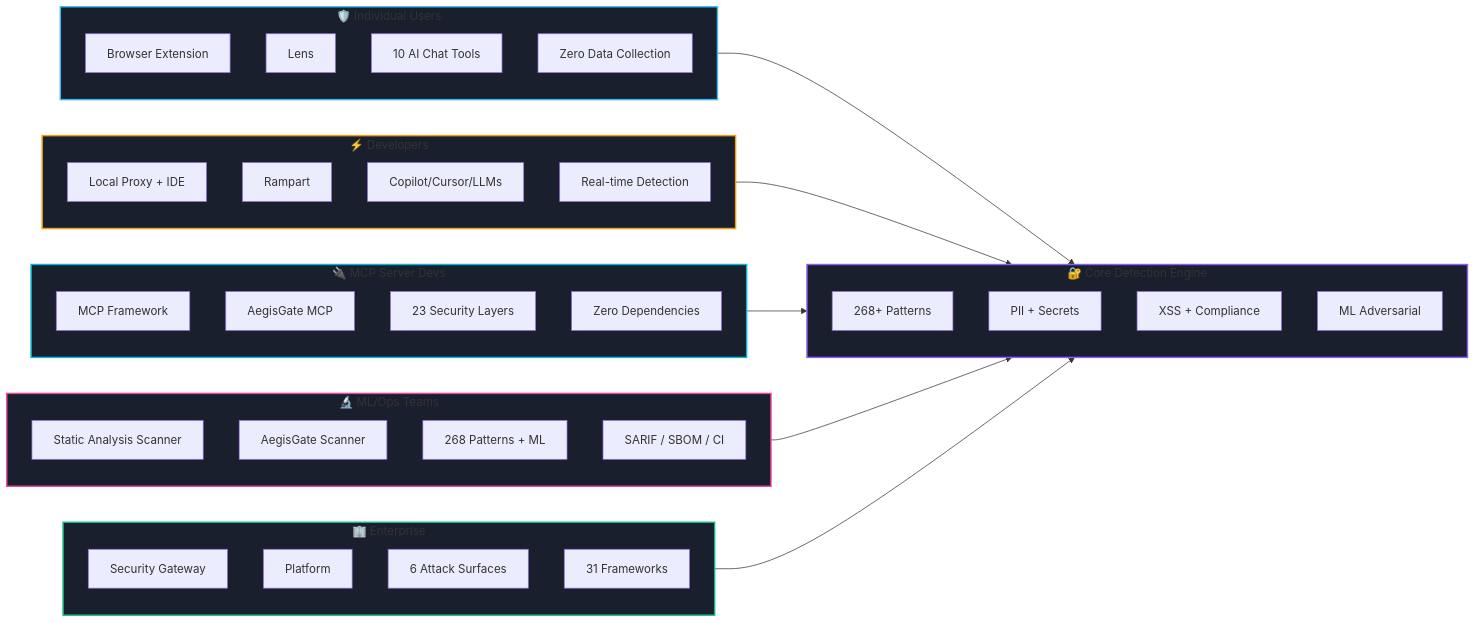
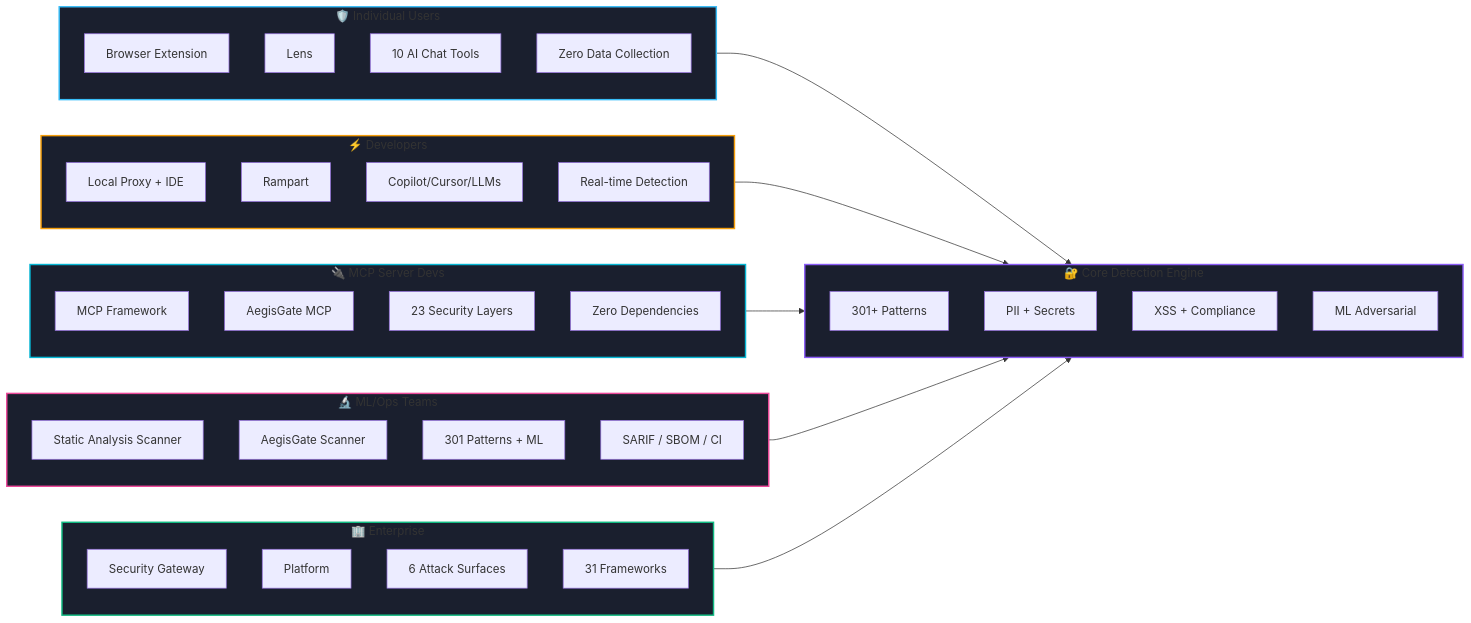
Before and after one commit to aegisgatesecurity/aegisgate-site: the diagram in content/_index.md, drawn with Mermaid. The commit also changed other lines of this file and 16 other files, not shown here.

```diff
--- a/content/_index.md
+++ b/content/_index.md
@@ -43,57 +43,57 @@
 {{< mermaid >}}
 flowchart LR
     subgraph Individual["🛡️ Individual Users"]
         A[Browser Extension]
         A1[Lens]
         A2[10 AI Chat Tools]
         A3[Zero Data Collection]
     end
 
     subgraph Developer["⚡ Developers"]
         B[Local Proxy + IDE]
         B1[Rampart]
         B2[Copilot/Cursor/LLMs]
         B3[Real-time Detection]
     end
 
     subgraph MCPServer["🔌 MCP Server Devs"]
         E[MCP Framework]
         E1[AegisGate MCP]
         E2[23 Security Layers]
         E3[Zero Dependencies]
     end
 
     subgraph MLOps["🔬 ML/Ops Teams"]
         F[Static Analysis Scanner]
         F1[AegisGate Scanner]
-        F2[268 Patterns + ML]
+        F2[301 Patterns + ML]
         F3[SARIF / SBOM / CI]
     end
 
     subgraph Enterprise["🏢 Enterprise"]
         C[Security Gateway]
         C1[Platform]
         C2[6 Attack Surfaces]
         C3[31 Frameworks]
     end
 
     subgraph Core["🔐 Core Detection Engine"]
-        D[268+ Patterns]
+        D[301+ Patterns]
         D1[PII + Secrets]
         D2[XSS + Compliance]
         D3[ML Adversarial]
     end
 
     Individual --> Core
     Developer --> Core
     MCPServer --> Core
     MLOps --> Core
     Enterprise --> Core
 
     style Individual fill:#1a1f2e,stroke:#38bdf8,stroke-width:2px
     style Developer fill:#1a1f2e,stroke:#f59e0b,stroke-width:2px
     style MCPServer fill:#1a1f2e,stroke:#06b6d4,stroke-width:2px
     style MLOps fill:#1a1f2e,stroke:#ec4899,stroke-width:2px
     style Enterprise fill:#1a1f2e,stroke:#10b981,stroke-width:2px
     style Core fill:#1a1f2e,stroke:#8b5cf6,stroke-width:2px
 {{< /mermaid >}}
```
